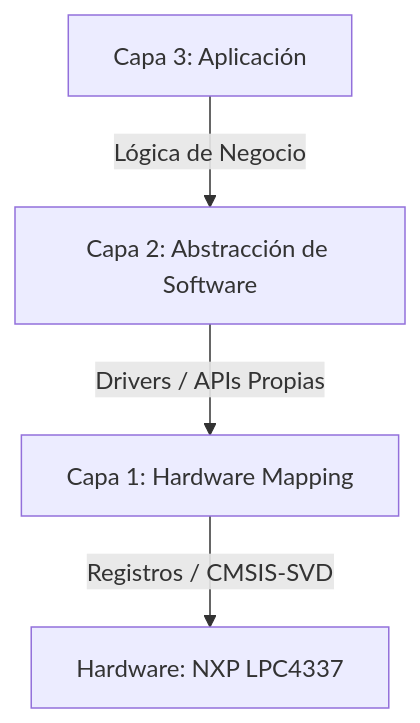
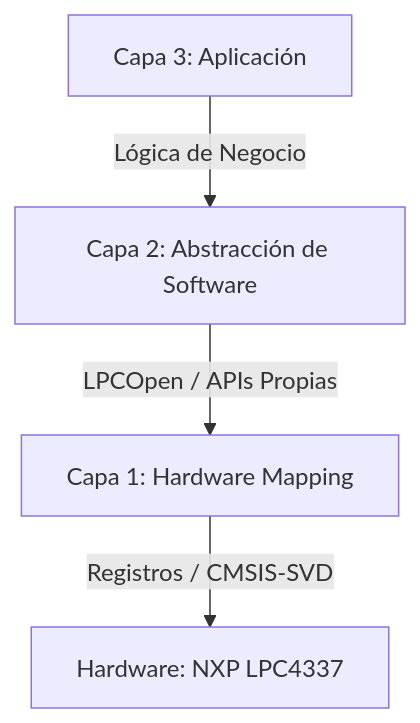
One commit to CarlitozMF/Edu-CIAA-LPC4337-LPCOpen-Lab changed the diagram in README.md. Above: the diagram before and after it, drawn with Mermaid. The commit also changed other lines of this file and 1 other file, not shown here.

````diff
--- a/README.md
+++ b/README.md
@@ -29,6 +29,6 @@
 ```mermaid
 graph TD
     A[Capa 3: Aplicación] -->|Lógica de Negocio| B[Capa 2: Abstracción de Software]
-    B -->|Drivers / APIs Propias| C[Capa 1: Hardware Mapping]
+    B -->|LPCOpen / APIs Propias| C[Capa 1: Hardware Mapping]
     C -->|Registros / CMSIS-SVD| D[Hardware: NXP LPC4337]
 ```
````
